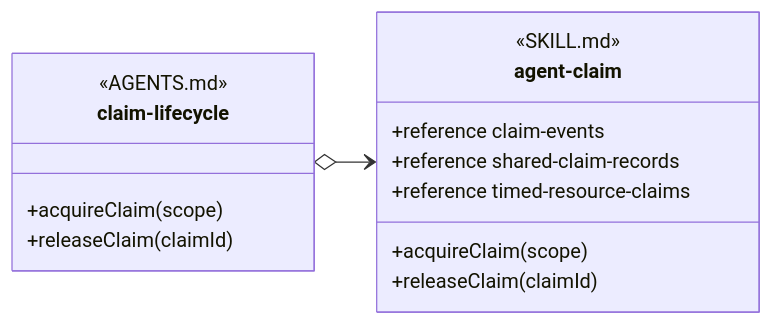
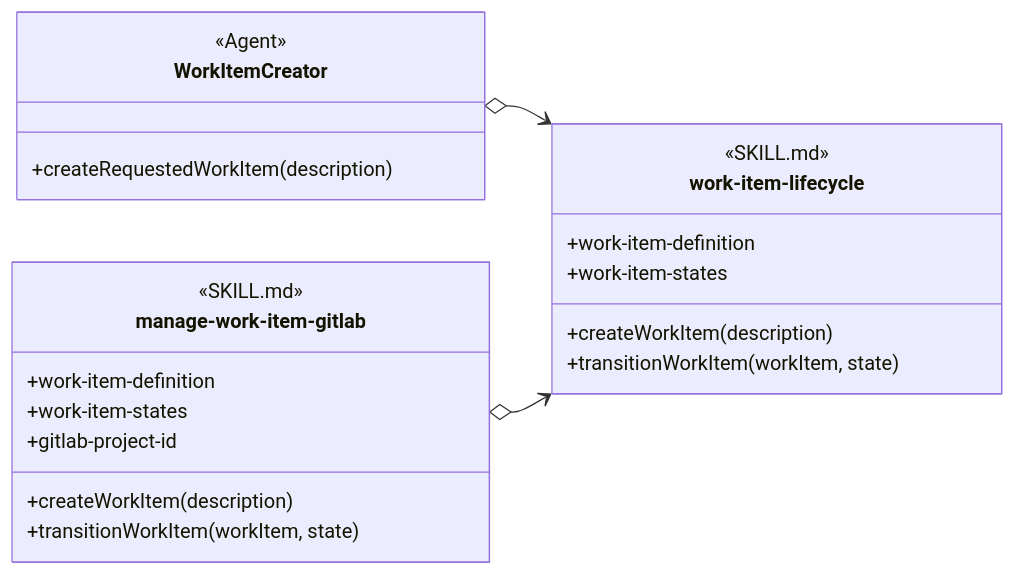
One commit to martinbechard/dev-methodology changed the eighth of 11 diagrams in design/object-oriented-agent-and-skill-model.md. Above: the diagram before and after it, drawn with Mermaid. The commit also changed other lines of this file and 2 other files, not shown here.

Commit message:
docs: model skill data and function members

````diff
--- a/design/object-oriented-agent-and-skill-model.md
+++ b/design/object-oriented-agent-and-skill-model.md
@@ -432,21 +434,31 @@
 ```mermaid
 classDiagram
     direction LR
 
-    class ClaimLifecycle["claim-lifecycle"] {
-        <<AGENTS.md>>
-        +acquireClaim(scope)
-        +releaseClaim(claimId)
+    class WorkItemCreator {
+        <<Agent>>
+        +createRequestedWorkItem(description)
     }
 
-    class agent-claim {
+    class work-item-lifecycle {
         <<SKILL.md>>
-        +acquireClaim(scope)
-        +releaseClaim(claimId)
-        +reference claim-events
-        +reference shared-claim-records
-        +reference timed-resource-claims
+        <<Interface Skill>>
+        +work-item-definition
+        +work-item-states
+        +createWorkItem(description)
+        +transitionWorkItem(workItem, state)
     }
 
-    ClaimLifecycle o--> agent-claim
+    class manage-work-item-gitlab {
+        <<SKILL.md>>
+        <<Implementation Skill>>
+        +work-item-definition
+        +work-item-states
+        +gitlab-project-id
+        +createWorkItem(description)
+        +transitionWorkItem(workItem, state)
+    }
+
+    WorkItemCreator o--> work-item-lifecycle
+    manage-work-item-gitlab o--> work-item-lifecycle
 ```
````
